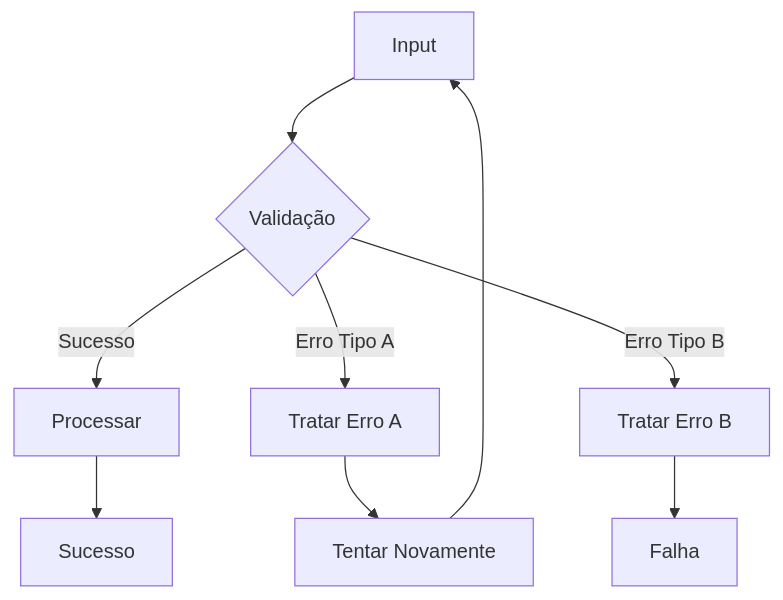
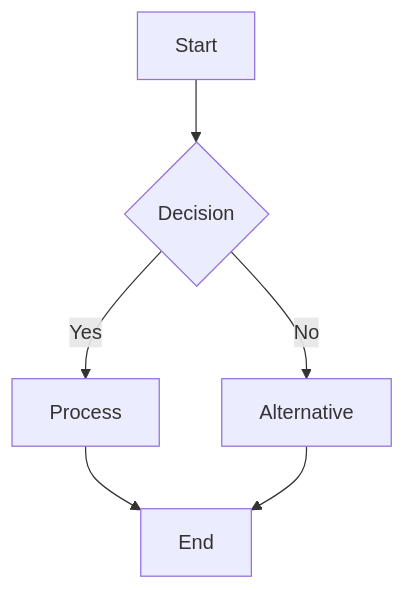
One commit to marciocar/onion-cursor changed the first of 9 diagrams in .cursor/agents/development/mermaid-specialist.md. Above: the diagram before and after it, drawn with Mermaid. The commit also changed other lines of this file and 207 other files, not shown here.

````diff
--- a/.cursor/agents/development/mermaid-specialist.md
+++ b/.cursor/agents/development/mermaid-specialist.md
@@ -332,11 +75,8 @@
 ```mermaid
 flowchart TD
-    INPUT[Input] --> VALIDATE{Validação}
-    VALIDATE -->|Sucesso| PROCESS[Processar]
-    VALIDATE -->|Erro Tipo A| ERROR_A[Tratar Erro A]
-    VALIDATE -->|Erro Tipo B| ERROR_B[Tratar Erro B]
-    PROCESS --> SUCCESS[Sucesso]
-    ERROR_A --> RETRY[Tentar Novamente]
-    ERROR_B --> FAIL[Falha]
-    RETRY --> INPUT
+    A[Start] --> B{Decision}
+    B -->|Yes| C[Process]
+    B -->|No| D[Alternative]
+    C --> E[End]
+    D --> E
 ```
````
